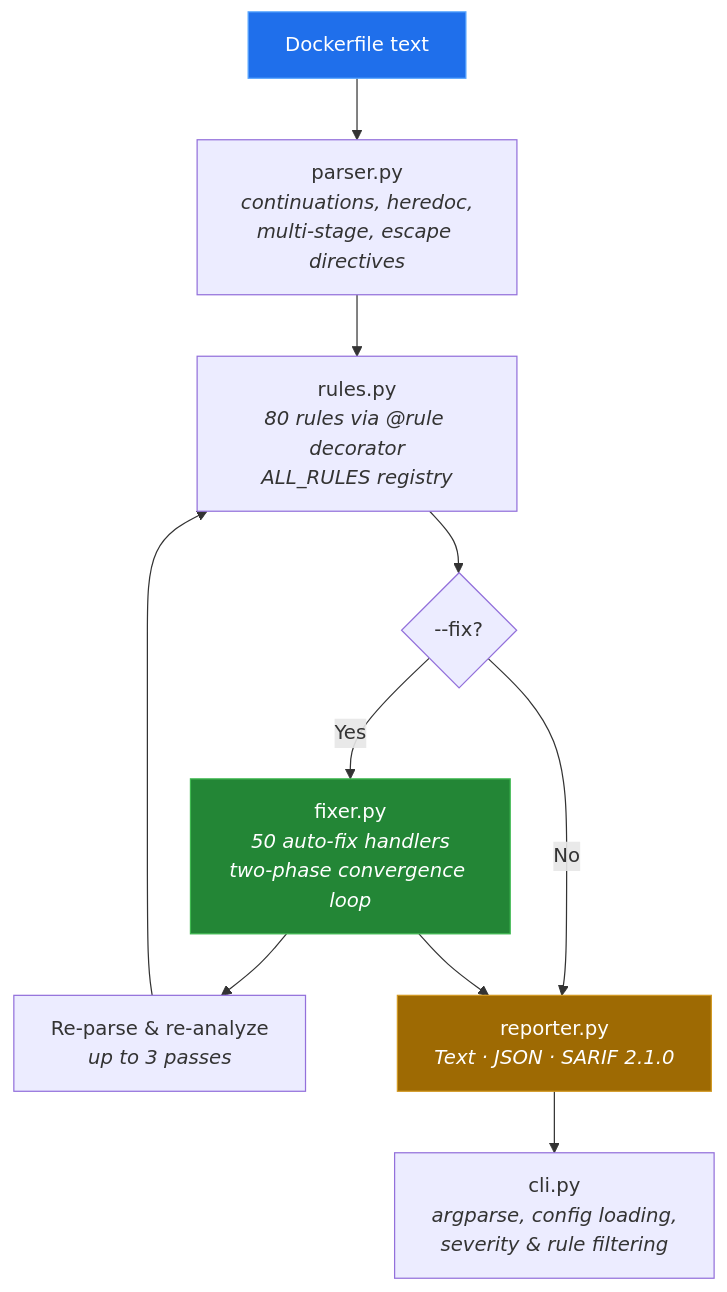
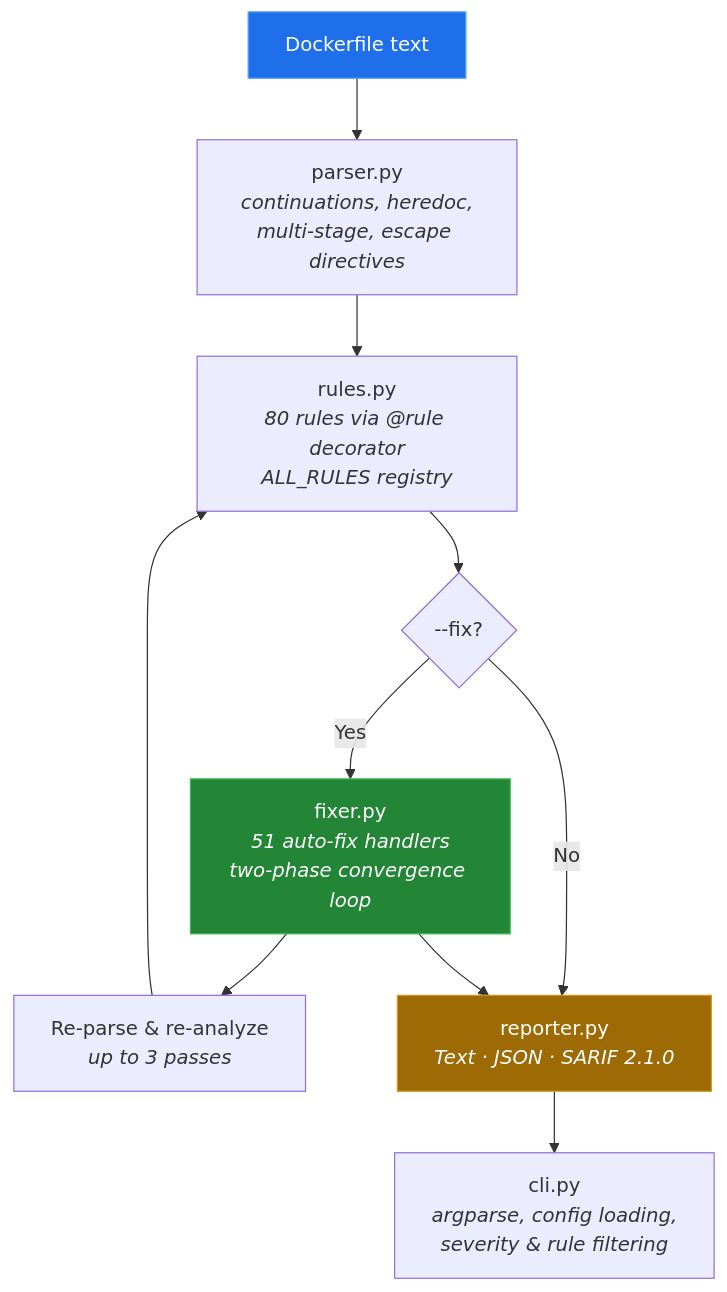
The diagram in README.md (crabsatellite/dockerfile-doctor), drawn with Mermaid before and after one commit. The commit also changed other lines of this file, not shown here.

Commit message:
Fix README: DD046 now auto-fixable, update fixer count 50→51

````diff
--- a/README.md
+++ b/README.md
@@ -197,16 +197,16 @@
 ```mermaid
 flowchart TD
     A["Dockerfile text"] --> B["parser.py<br/><i>continuations, heredoc,<br/>multi-stage, escape directives</i>"]
     B --> C["rules.py<br/><i>80 rules via @rule decorator<br/>ALL_RULES registry</i>"]
     C --> D{"--fix?"}
-    D -- Yes --> E["fixer.py<br/><i>50 auto-fix handlers<br/>two-phase convergence loop</i>"]
+    D -- Yes --> E["fixer.py<br/><i>51 auto-fix handlers<br/>two-phase convergence loop</i>"]
     E --> F["Re-parse & re-analyze<br/><i>up to 3 passes</i>"]
     F --> C
     D -- No --> G["reporter.py<br/><i>Text · JSON · SARIF 2.1.0</i>"]
     E --> G
     G --> H["cli.py<br/><i>argparse, config loading,<br/>severity & rule filtering</i>"]
 
     style A fill:#1f6feb,stroke:#58a6ff,color:#fff
     style E fill:#238636,stroke:#3fb950,color:#fff
     style G fill:#9e6a03,stroke:#d29922,color:#fff
 ```
````
